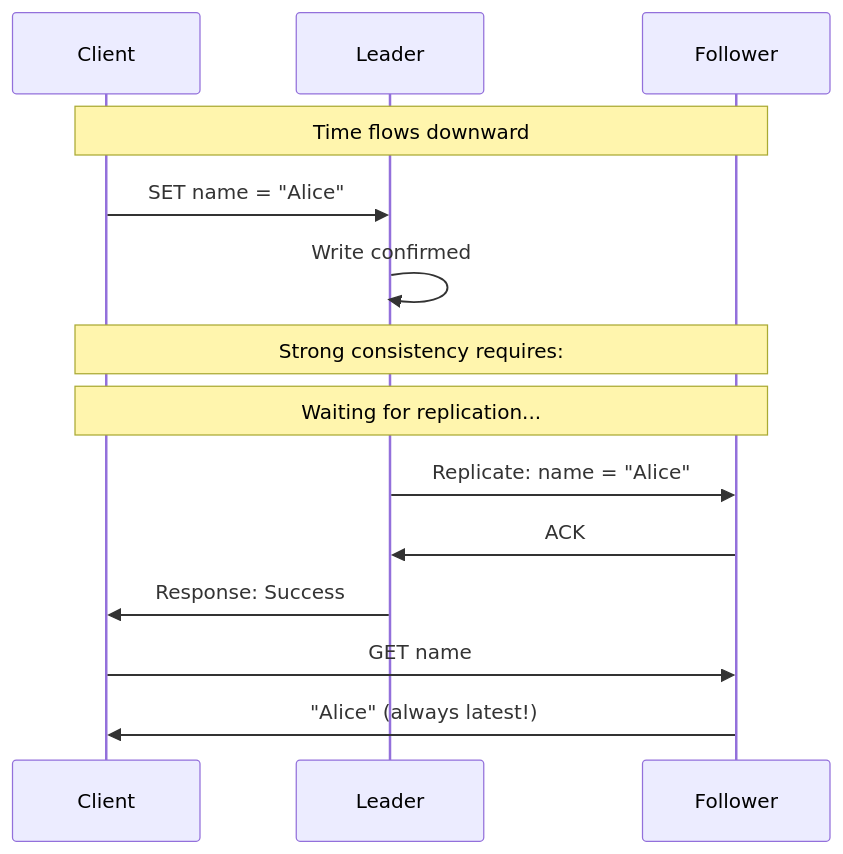
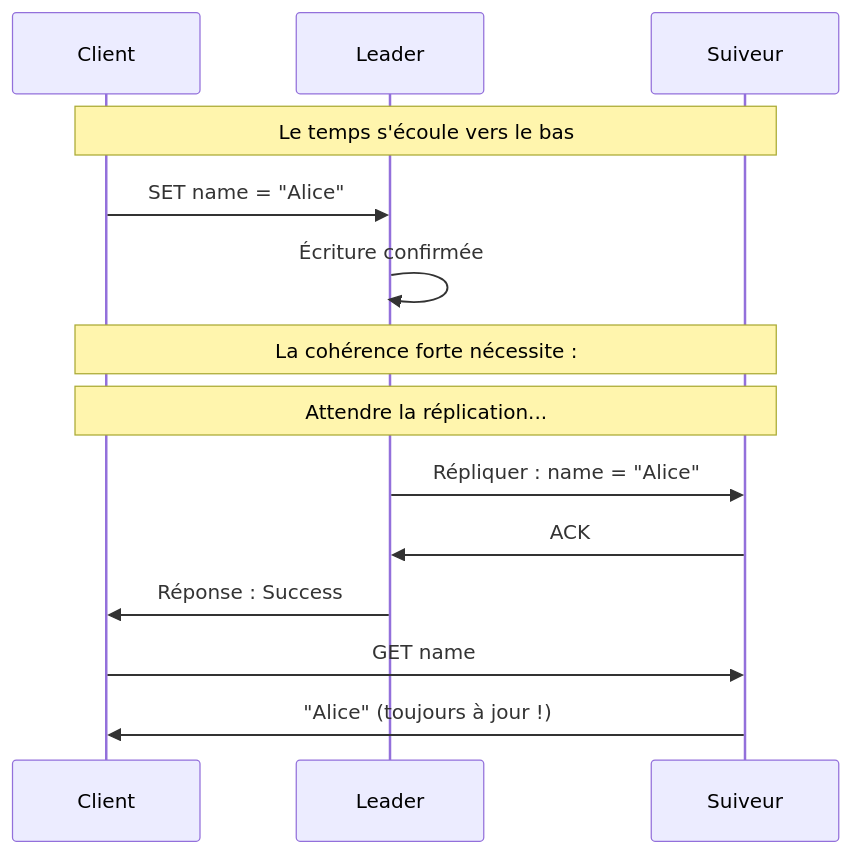
The third of 7 diagrams in src/data-store/07-consistency.md (dardourimohamed/distributed-systems-course), drawn with Mermaid before and after one commit. The commit also changed other lines of this file and 38 other files, not shown here.

````diff
--- a/src/data-store/07-consistency.md
+++ b/src/data-store/07-consistency.md
@@ -64,22 +64,22 @@
 ```mermaid
 sequenceDiagram
     participant C as Client
     participant L as Leader
-    participant F as Follower
+    participant F as Suiveur
 
-    Note over C,F: Time flows downward
+    Note over C,F: Le temps s'écoule vers le bas
 
     C->>L: SET name = "Alice"
-    L->>L: Write confirmed
+    L->>L: Écriture confirmée
 
-    Note over C,F: Strong consistency requires:
-    Note over C,F: Waiting for replication...
+    Note over C,F: La cohérence forte nécessite :
+    Note over C,F: Attendre la réplication...
 
-    L->>F: Replicate: name = "Alice"
+    L->>F: Répliquer : name = "Alice"
     F->>L: ACK
 
-    L->>C: Response: Success
+    L->>C: Réponse : Success
 
     C->>F: GET name
-    F->>C: "Alice" (always latest!)
+    F->>C: "Alice" (toujours à jour !)
 ```
````
